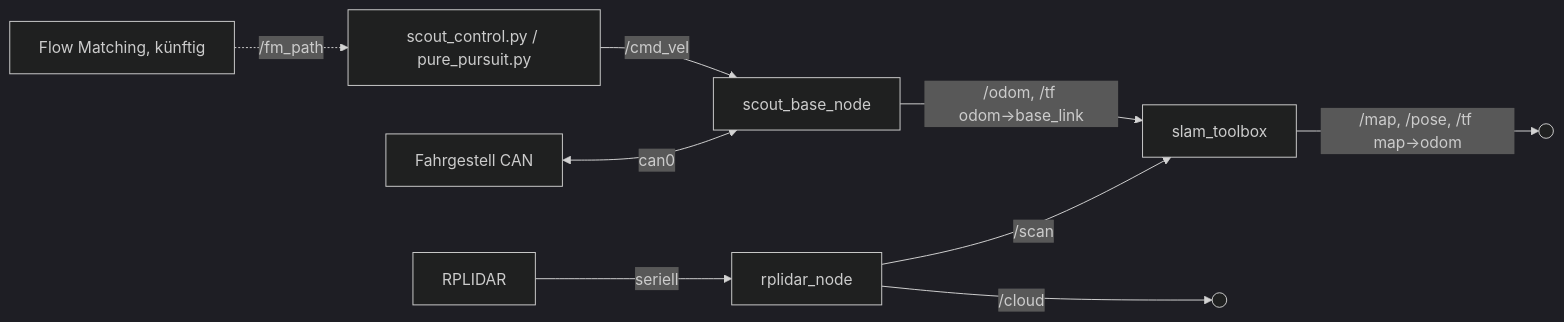
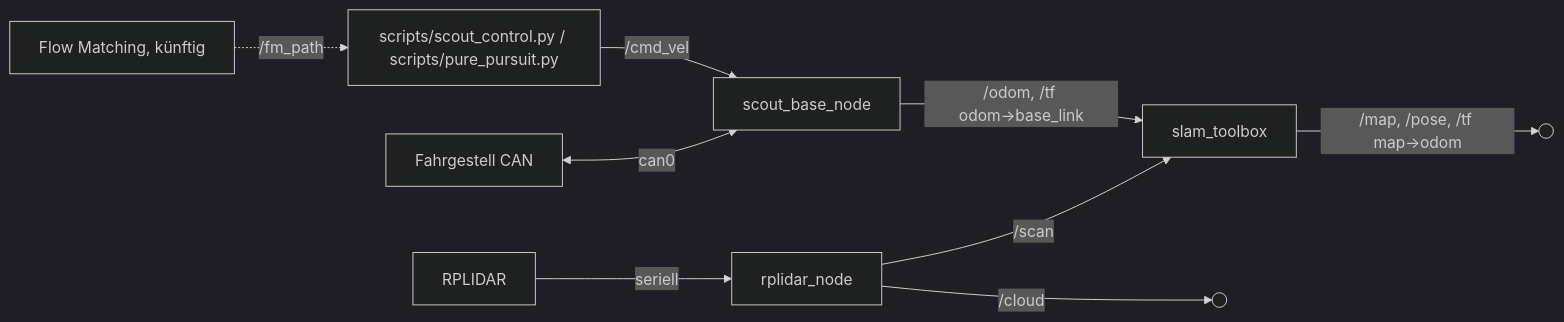
The second of 2 diagrams in SYSTEM.md (NobbisCode/Flowmatching_Implementation), drawn with Mermaid (dark theme) before and after one commit. The commit also changed other lines of this file and 4 other files, not shown here.

````diff
--- a/SYSTEM.md
+++ b/SYSTEM.md
@@ -117,11 +118,11 @@
 ```mermaid
 flowchart LR
   L[RPLIDAR] -->|seriell| RP[rplidar_node]
   RP -->|/scan| SLAM[slam_toolbox]
   RP -->|/cloud| X(( ))
   CAN[Fahrgestell CAN] <-->|can0| SB[scout_base_node]
   SB -->|/odom, /tf odom→base_link| SLAM
   SLAM -->|/map, /pose, /tf map→odom| Y(( ))
-  CMD[scout_control.py / pure_pursuit.py] -->|/cmd_vel| SB
+  CMD[scripts/scout_control.py / scripts/pure_pursuit.py] -->|/cmd_vel| SB
   FM[Flow Matching, künftig] -.->|/fm_path| CMD
 ```
````
